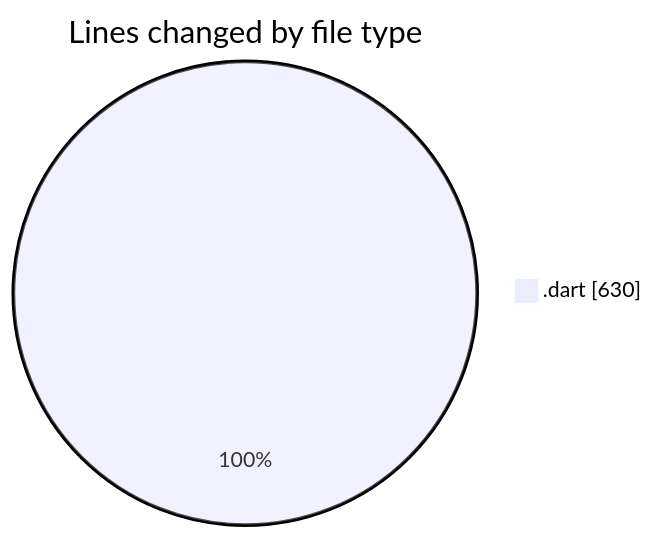
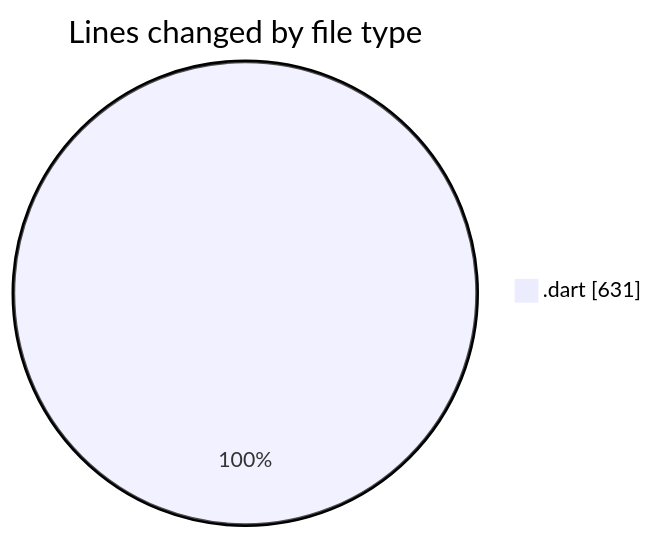
The first of 2 diagrams in 2025-02-27/uber_clone/README.md (donsfak/code-tracking), drawn with Mermaid before and after one commit. The commit also changed other lines of this file and 1 other file, not shown here.

````diff
--- a/2025-02-27/uber_clone/README.md
+++ b/2025-02-27/uber_clone/README.md
@@ -21,5 +21,5 @@
 ```mermaid
 pie showData
 title Lines changed by file type
-".dart" : 630
+".dart" : 631
 ```
````
